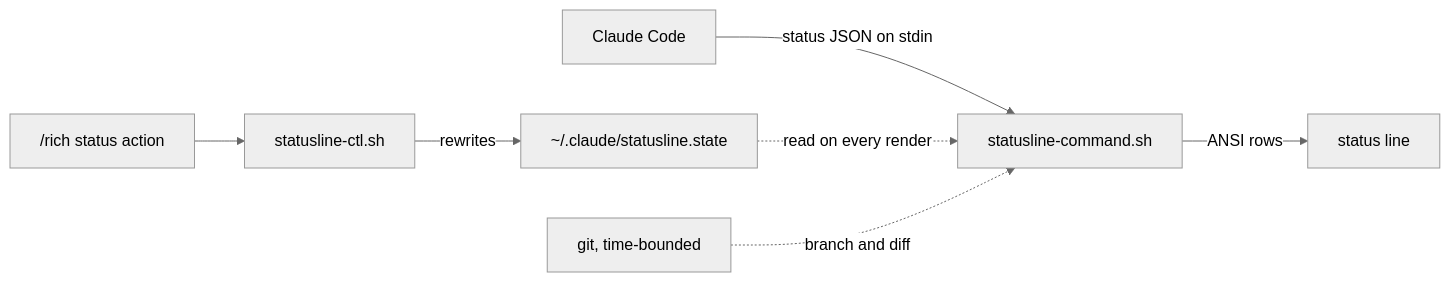
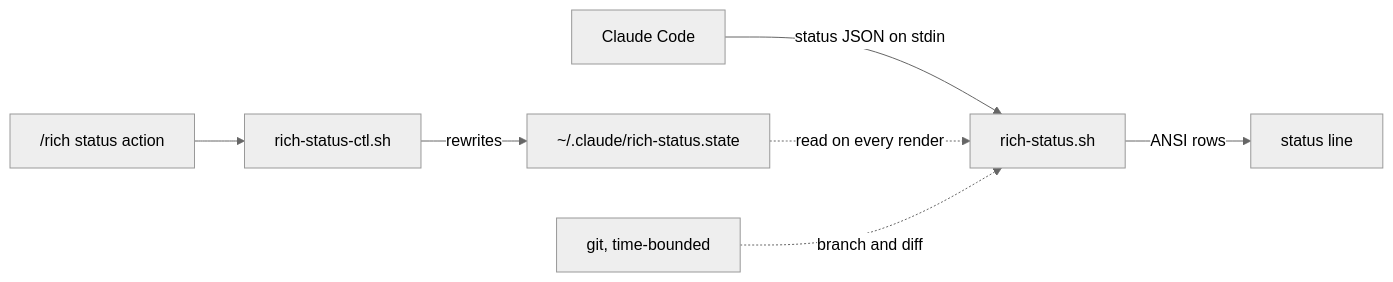
Before and after one commit to xiaolai/claude-rich-terminal: the diagram in README.md, drawn with Mermaid (neutral theme). The commit also changed other lines of this file and 8 other files, not shown here.

````diff
--- a/README.md
+++ b/README.md
@@ -478,9 +480,9 @@
 ```mermaid
 flowchart LR
-    CC["Claude Code"] -->|"status JSON on stdin"| R["statusline-command.sh"]
+    CC["Claude Code"] -->|"status JSON on stdin"| R["rich-status.sh"]
     R -->|"ANSI rows"| SL["status line"]
-    CMD["/rich status action"] --> CTL["statusline-ctl.sh"]
-    CTL -->|"rewrites"| ST["~/.claude/statusline.state"]
+    CMD["/rich status action"] --> CTL["rich-status-ctl.sh"]
+    CTL -->|"rewrites"| ST["~/.claude/rich-status.state"]
     ST -.->|"read on every render"| R
     G["git, time-bounded"] -.->|"branch and diff"| R
 ```
````
